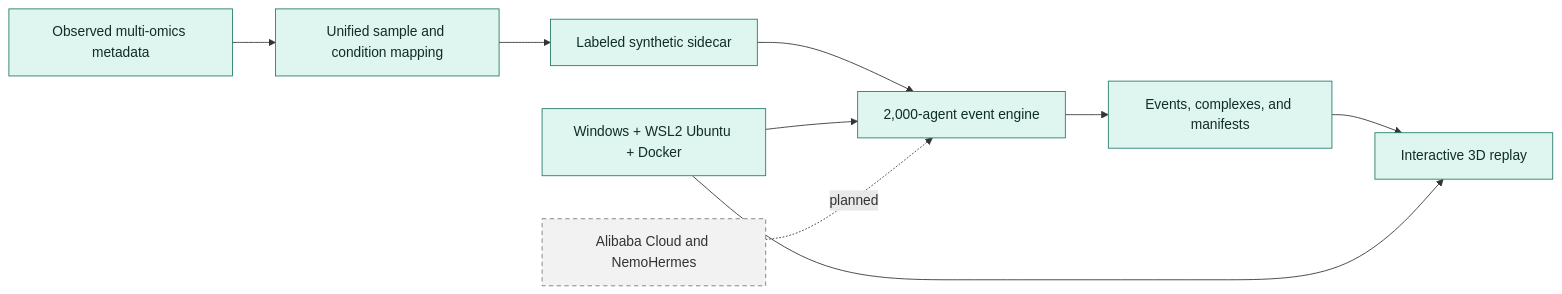
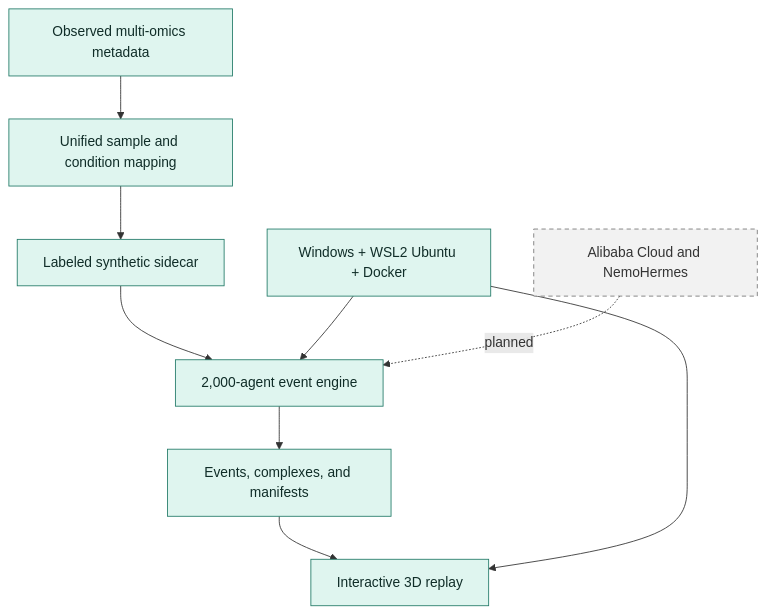
The diagram in README.md (PrzmArk77469/E.coli-Multi-Omics-World-Model-Test-Demo), drawn with Mermaid before and after one commit.

Commit message:
Improve repository architecture overview

````diff
--- a/README.md
+++ b/README.md
@@ -20,16 +20,16 @@
 ```mermaid
-flowchart LR
+flowchart TB
     Data["Observed multi-omics metadata"] --> Mapping["Unified sample and condition mapping"]
     Mapping --> Synthetic["Labeled synthetic sidecar"]
     Synthetic --> Engine["2,000-agent event engine"]
     Engine --> Events["Events, complexes, and manifests"]
     Events --> Viewer["Interactive 3D replay"]
     Infra["Windows + WSL2 Ubuntu + Docker"] --> Engine
     Infra --> Viewer
     Cloud["Alibaba Cloud and NemoHermes"] -. planned .-> Engine
 
     classDef done fill:#dff5ef,stroke:#237a68,color:#102d28;
     classDef planned fill:#f2f2f2,stroke:#777,color:#333,stroke-dasharray:5 4;
     class Data,Mapping,Synthetic,Engine,Events,Viewer,Infra done;
     class Cloud planned;
 ```
````
